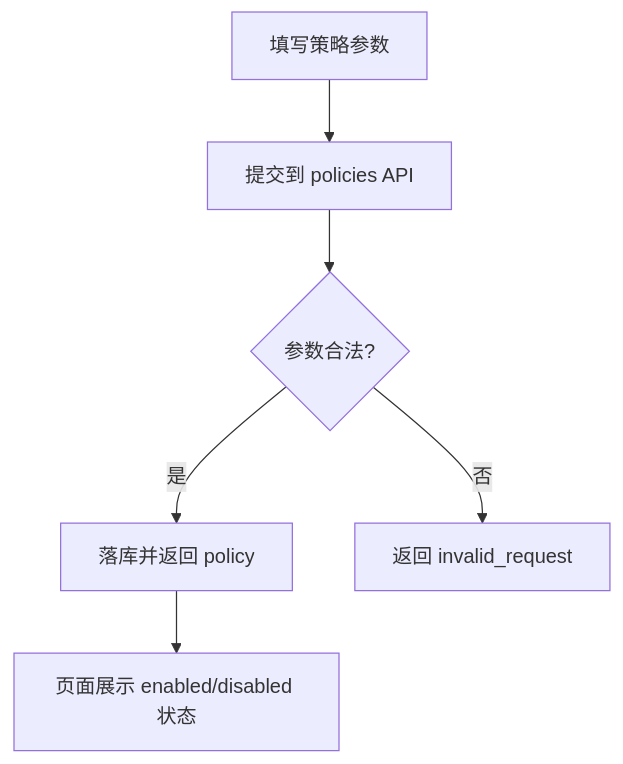
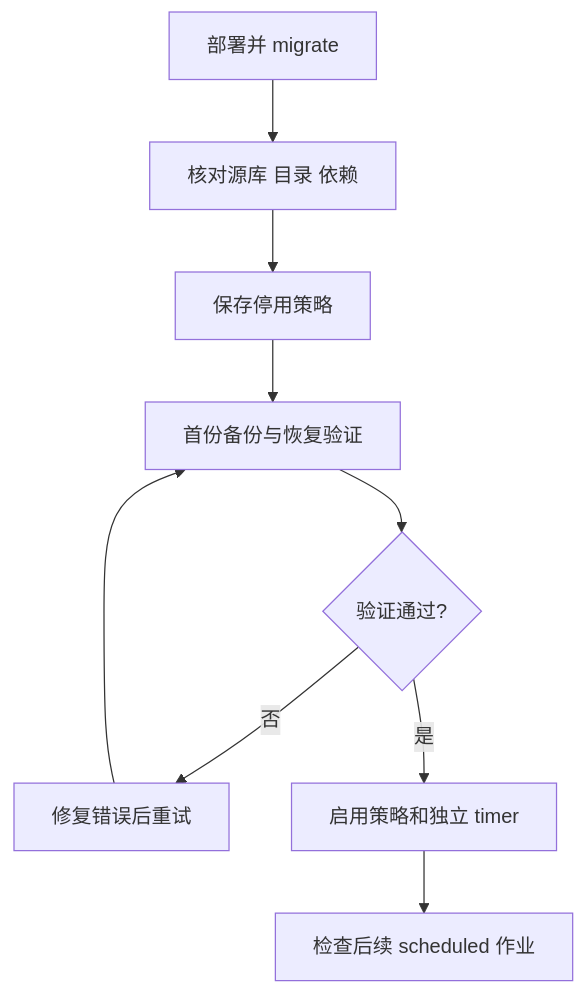
One commit to ArtisanCloud/PowerX changed the second of 3 diagrams in docs/guides/deploy/027-monitor-center/usecase-us1-policy-automation.md. Above: the diagram before and after it, drawn with Mermaid. The commit also changed other lines of this file and 117 other files, not shown here.

````diff
--- a/docs/guides/deploy/027-monitor-center/usecase-us1-policy-automation.md
+++ b/docs/guides/deploy/027-monitor-center/usecase-us1-policy-automation.md
@@ -33,8 +23,10 @@
 ```mermaid
 flowchart TD
-  A[填写策略参数] --> B[提交到 policies API]
-  B --> C{参数合法?}
-  C -->|是| D[落库并返回 policy]
-  C -->|否| E[返回 invalid_request]
-  D --> F[页面展示 enabled/disabled 状态]
+ A[部署并 migrate] --> B[核对源库 目录 依赖]
+ B --> C[保存停用策略]
+ C --> D[首份备份与恢复验证]
+ D --> E{验证通过?}
+ E -->|否| F[修复错误后重试] --> D
+ E -->|是| G[启用策略和独立 timer]
+ G --> H[检查后续 scheduled 作业]
 ```
````
